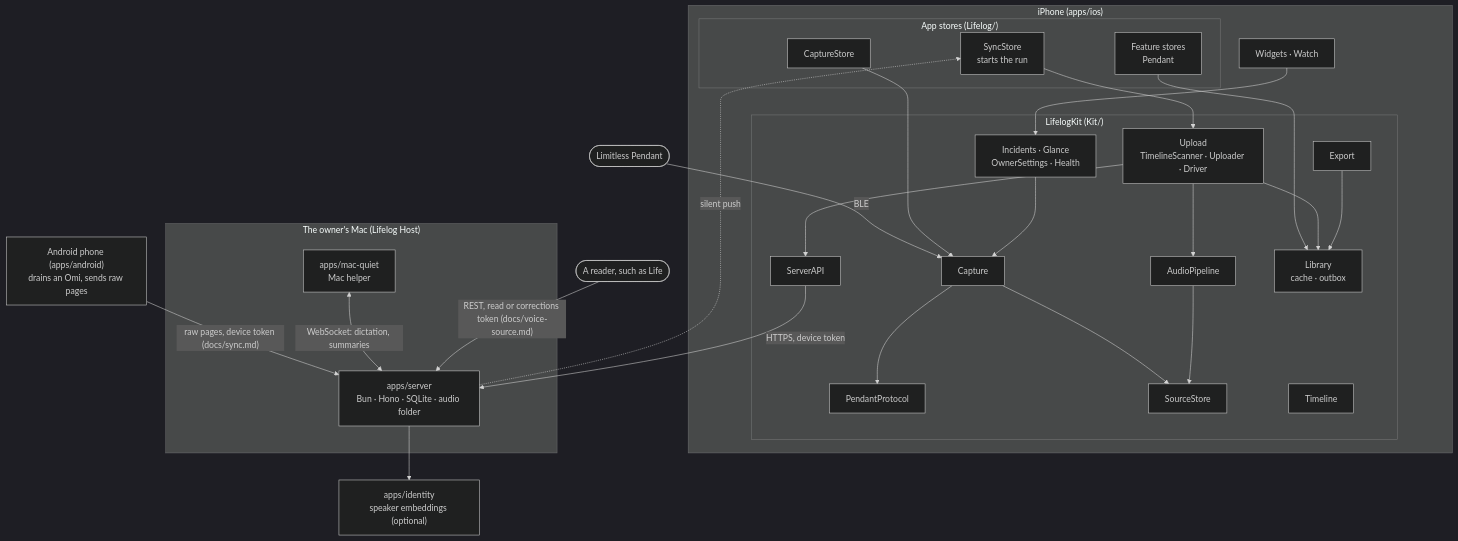
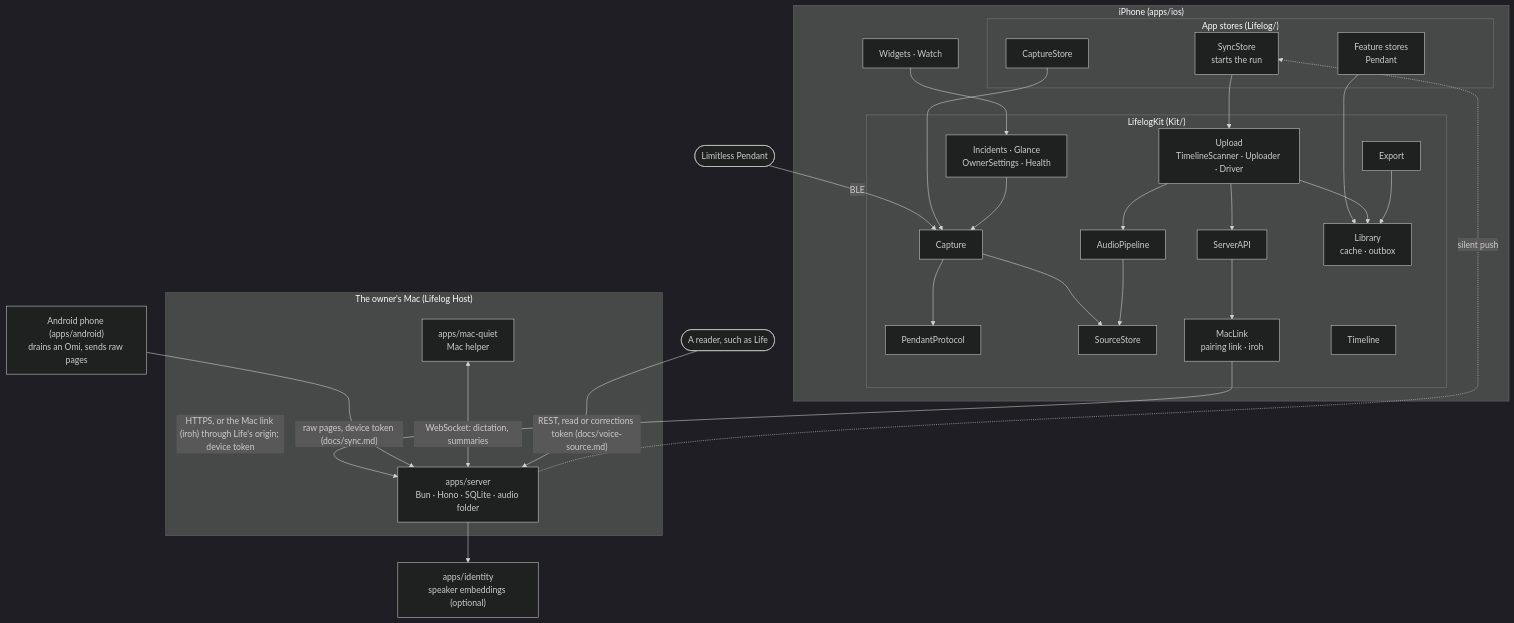
Before and after one commit to eric-edouard/life: the diagram in apps/lifelog/docs/architecture.md, drawn with Mermaid (dark theme). The commit also changed other lines of this file and 21 other files, not shown here.

Commit message:
Mac link: each pairing carries its Mac link; requests tagged per pairing; drop a failed connection; client on its run loop; chunked answers refused

````diff
--- a/apps/lifelog/docs/architecture.md
+++ b/apps/lifelog/docs/architecture.md
@@ -8,53 +8,55 @@
 ```mermaid
 flowchart TB
   Pendant(["Limitless Pendant"])
 
   subgraph phone["iPhone (apps/ios)"]
     subgraph app["App stores (Lifelog/)"]
       CaptureStore
       SyncStore["SyncStore<br/>starts the run"]
       Screens["Feature stores<br/>Pendant"]
     end
     subgraph kit["LifelogKit (Kit/)"]
       Capture
       PendantProtocol
       SourceStore
       AudioPipeline
       Upload["Upload<br/>TimelineScanner · Uploader · Driver"]
       ServerAPI
+      MacLink["MacLink<br/>pairing link · iroh"]
       Library["Library<br/>cache · outbox"]
       Export
       Timeline
       Facts["Incidents · Glance<br/>OwnerSettings · Health"]
     end
     Glances["Widgets · Watch"]
   end
 
   subgraph host["The owner's Mac (Lifelog Host)"]
     Server["apps/server<br/>Bun · Hono · SQLite · audio folder"]
     Mac["apps/mac-quiet<br/>Mac helper"]
   end
   Identity["apps/identity<br/>speaker embeddings (optional)"]
   Android["Android phone (apps/android)<br/>drains an Omi, sends raw pages"]
   Life(["A reader, such as Life"])
 
   Pendant -- BLE --> Capture
   CaptureStore --> Capture
   Capture --> PendantProtocol
   Capture --> SourceStore
   SyncStore --> Upload
   Screens --> Library
   Upload --> Library
   Upload --> ServerAPI
   Upload --> AudioPipeline
   AudioPipeline --> SourceStore
   Export --> Library
   Facts --> Capture
   Glances --> Facts
-  ServerAPI -- "HTTPS, device token" --> Server
+  ServerAPI --> MacLink
+  MacLink -- "HTTPS, or the Mac link (iroh) through Life's origin; device token" --> Server
   Android -- "raw pages, device token (docs/sync.md)" --> Server
   Server -. "silent push" .-> SyncStore
   Server --> Identity
   Mac <-->|"WebSocket: dictation, summaries"| Server
   Life -- "REST, read or corrections token (docs/voice-source.md)" --> Server
 ```
````
